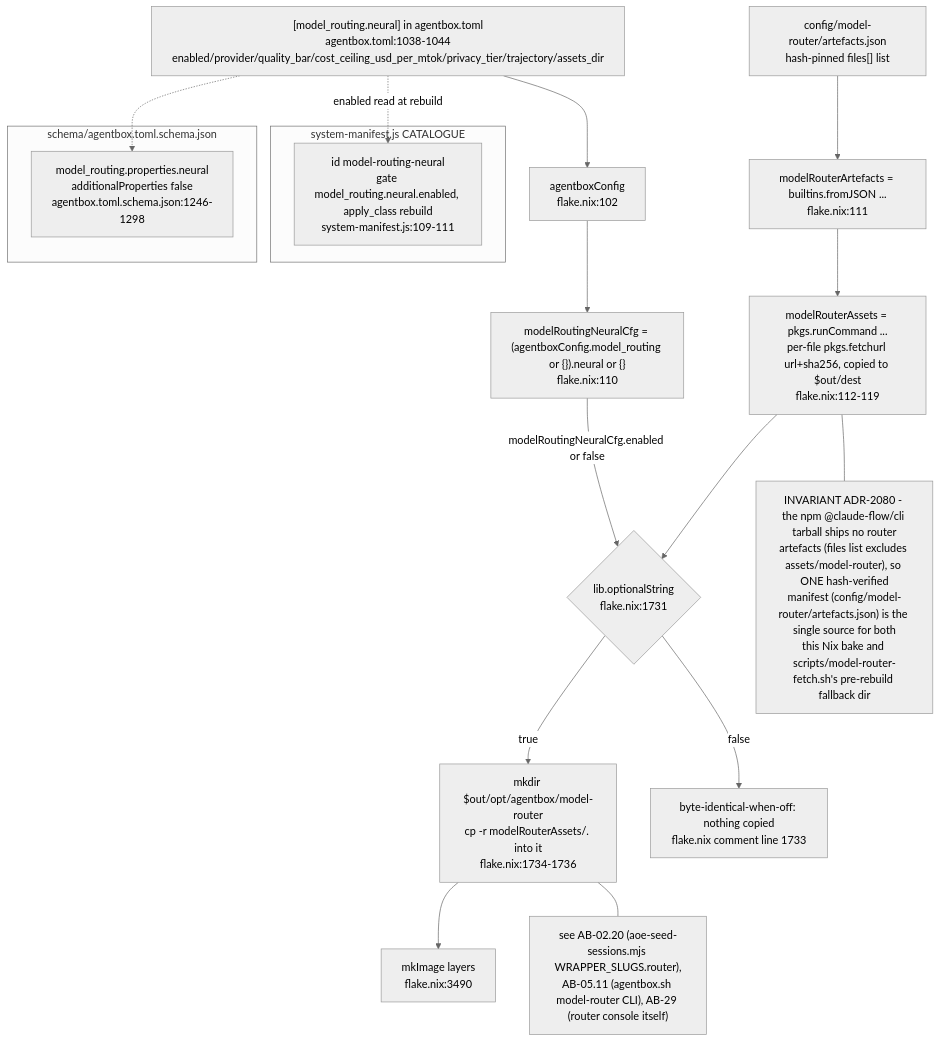
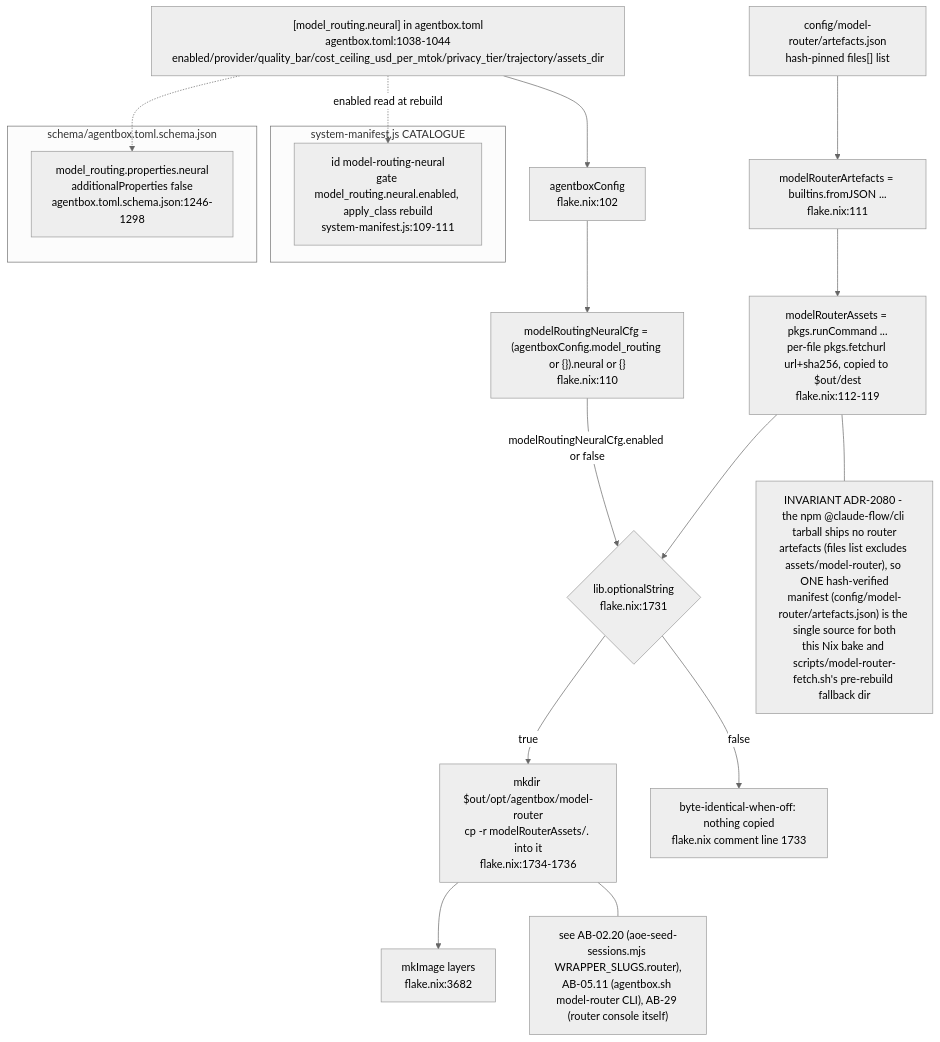
One commit to DreamLab-AI/VisionFlow changed diagram 11 of 11 in docs/diagrams/agentbox/01-nix-flake-composition.md. Above: the diagram before and after it, drawn with Mermaid (neutral theme). The commit also changed other lines of this file and 51 other files, not shown here.

First line of the commit message:
docs(diagrams): agentbox AB-01..13 re-attested anchor by anchor (980 anchors, 22 defects); checkpoint against an out-of-mesh writer

````diff
--- a/docs/diagrams/agentbox/01-nix-flake-composition.md
+++ b/docs/diagrams/agentbox/01-nix-flake-composition.md
@@ -437,29 +437,29 @@
 ```mermaid
 flowchart TB
     TOML2["[model_routing.neural] in agentbox.toml<br/>agentbox.toml:1038-1044<br/>enabled/provider/quality_bar/cost_ceiling_usd_per_mtok/privacy_tier/trajectory/assets_dir"] --> CFG2["agentboxConfig<br/>flake.nix:102"]
     CFG2 --> MRNCFG["modelRoutingNeuralCfg = (agentboxConfig.model_routing or {}).neural or {}<br/>flake.nix:110"]
     ARTJSON["config/model-router/artefacts.json<br/>hash-pinned files[] list"] --> MRNFETCH["modelRouterArtefacts = builtins.fromJSON ...<br/>flake.nix:111"]
     MRNFETCH --> MRNASSETS["modelRouterAssets = pkgs.runCommand ...<br/>per-file pkgs.fetchurl url+sha256, copied to $out/dest<br/>flake.nix:112-119"]
 
     MRNCFG -->|"modelRoutingNeuralCfg.enabled or false"| GATE{"lib.optionalString<br/>flake.nix:1731"}
     MRNASSETS --> GATE
     GATE -->|true| BAKE["mkdir $out/opt/agentbox/model-router<br/>cp -r modelRouterAssets/. into it<br/>flake.nix:1734-1736"]
     GATE -->|false| SKIP["byte-identical-when-off: nothing copied<br/>flake.nix comment line 1733"]
-    BAKE --> ALLPKG2["mkImage layers<br/>flake.nix:3490"]
+    BAKE --> ALLPKG2["mkImage layers<br/>flake.nix:3682"]
 
     subgraph MANIFEST2["system-manifest.js CATALOGUE"]
         MRNENTRY["id model-routing-neural<br/>gate model_routing.neural.enabled, apply_class rebuild<br/>system-manifest.js:109-111"]
     end
     TOML2 -.->|"enabled read at rebuild"| MRNENTRY
 
     subgraph SCHEMA2["schema/agentbox.toml.schema.json"]
         NEURALSCHEMA["model_routing.properties.neural<br/>additionalProperties false<br/>agentbox.toml.schema.json:1246-1298"]
     end
     TOML2 -.-> NEURALSCHEMA
 
     NOTE1["INVARIANT ADR-2080 - the npm @claude-flow/cli tarball ships no router<br/>artefacts (files list excludes assets/model-router), so ONE hash-verified<br/>manifest (config/model-router/artefacts.json) is the single source for both<br/>this Nix bake and scripts/model-router-fetch.sh's pre-rebuild fallback dir"]
     MRNASSETS --- NOTE1
 
     NOTE2["see AB-02.20 (aoe-seed-sessions.mjs WRAPPER_SLUGS.router),<br/>AB-05.11 (agentbox.sh model-router CLI), AB-29 (router console itself)"]
     BAKE --- NOTE2
 ```
````
